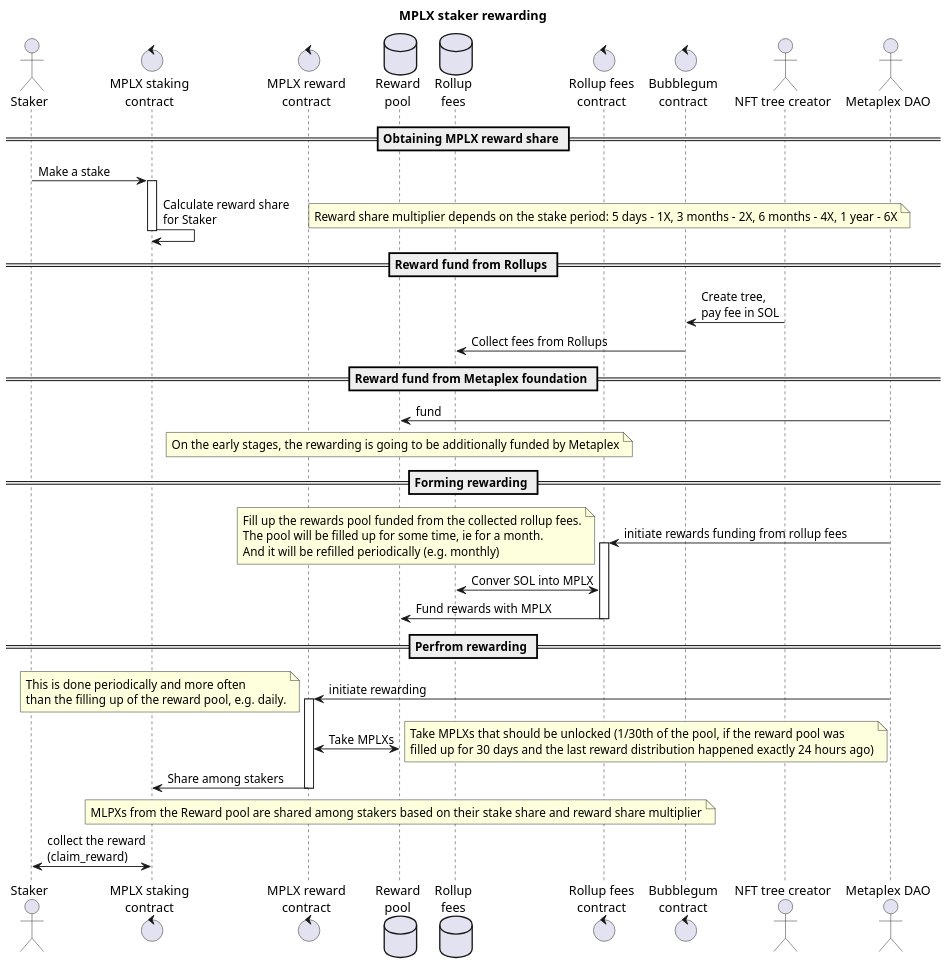
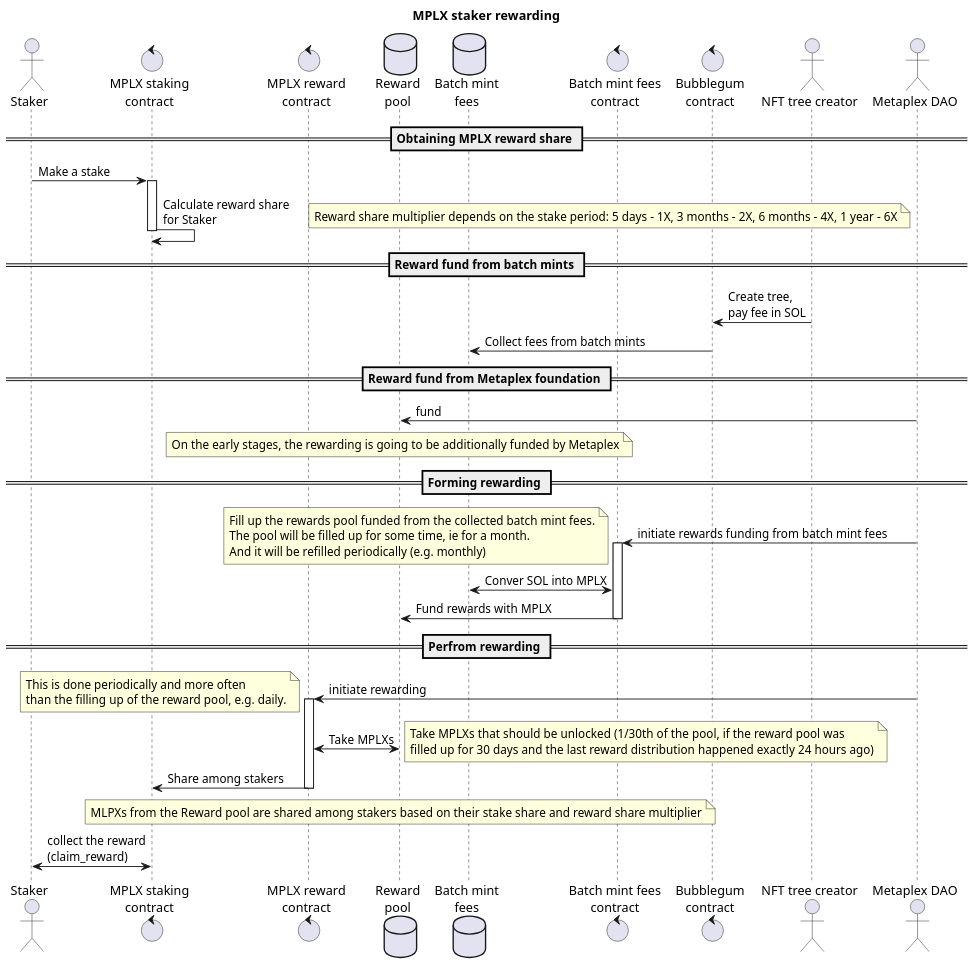
Before and after one commit to metaplex-foundation/aura: the diagram in doc/puml/staking-reward.puml, drawn with PlantUML. The commit also changed 9 other files, not shown here.

```diff
--- a/doc/puml/staking-reward.puml
+++ b/doc/puml/staking-reward.puml
@@ -1,82 +1,82 @@
 @startuml
 title MPLX staker rewarding
 scale 1.5
 ' ##################
 ' ### components ###
 ' ##################
 
 actor "Staker" as Staker
 control "MPLX staking\ncontract" as StakingContract
 control "MPLX reward\ncontract" as RewardContract
 database "Reward\npool" as RewardPool
-database "Rollup\nfees" as RollupFees
-control "Rollup fees\ncontract" as RollupFeesContract
+database "Batch mint\nfees" as BatchMintFees
+control "Batch mint fees\ncontract" as BatchMintFeesContract
 control "Bubblegum\ncontract"  as Bubblegum
 actor  "NFT tree creator" as TreeCreator
 actor "Metaplex DAO" as Metaplex
 
 ' ####################
 ' ### interactions ###
 ' ####################
 
 == Obtaining MPLX reward share ==
 Staker -> StakingContract : Make a stake
 activate StakingContract
     StakingContract -> StakingContract : Calculate reward share\nfor Staker
 deactivate StakingContract
 
 note right
   Reward share multiplier depends on the stake period: 5 days - 1X, 3 months - 2X, 6 months - 4X, 1 year - 6X
 end note
 
-== Reward fund from Rollups ==
+== Reward fund from batch mints ==
 
 TreeCreator -> Bubblegum : Create tree,\npay fee in SOL
-Bubblegum -> RollupFees : Collect fees from Rollups
+Bubblegum -> BatchMintFees : Collect fees from batch mints
 
 == Reward fund from Metaplex foundation ==
 
 Metaplex -> RewardPool : fund
 
 note over RewardPool
   On the early stages, the rewarding is going to be additionally funded by Metaplex
 end note
 
 == Forming rewarding ==
 
-Metaplex -> RollupFeesContract : initiate rewards funding from rollup fees
+Metaplex -> BatchMintFeesContract : initiate rewards funding from batch mint fees
 note left
-  Fill up the rewards pool funded from the collected rollup fees.
+  Fill up the rewards pool funded from the collected batch mint fees.
   The pool will be filled up for some time, ie for a month.
   And it will be refilled periodically (e.g. monthly)
 end note
-activate RollupFeesContract
-    RollupFeesContract <-> RollupFees : Conver SOL into MPLX
-    RollupFeesContract -> RewardPool : Fund rewards with MPLX
-deactivate RollupFeesContract
+activate BatchMintFeesContract
+    BatchMintFeesContract <-> BatchMintFees : Conver SOL into MPLX
+    BatchMintFeesContract -> RewardPool : Fund rewards with MPLX
+deactivate BatchMintFeesContract
 
 == Perfrom rewarding ==
 
 Metaplex -> RewardContract : initiate rewarding
 
 note left
 This is done periodically and more often
 than the filling up of the reward pool, e.g. daily.
 end note
 
 activate RewardContract
     RewardContract <-> RewardPool : Take MPLXs
     note right
 Take MPLXs that should be unlocked (1/30th of the pool, if the reward pool was
 filled up for 30 days and the last reward distribution happened exactly 24 hours ago)
     end note
     RewardContract -> StakingContract : Share among stakers
 deactivate RewardContract
 
 note over RewardPool
 MLPXs from the Reward pool are shared among stakers based on their stake share and reward share multiplier
 end note
 
 Staker <-> StakingContract : collect the reward\n(claim_reward)
 
 @enduml
```
